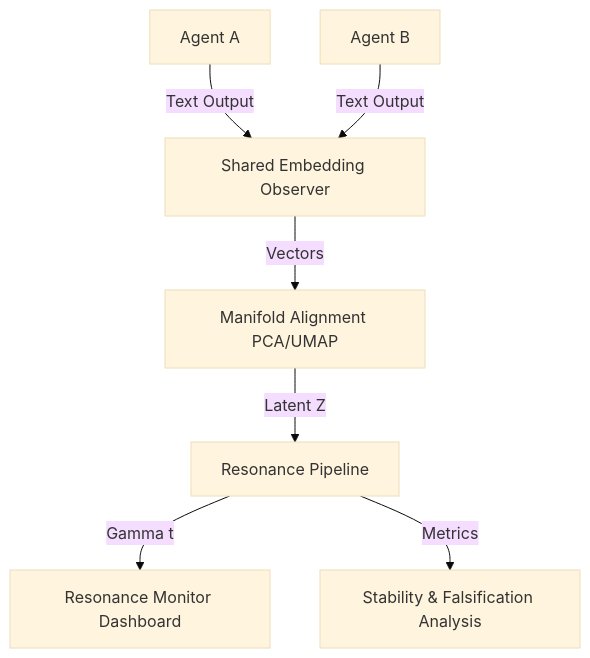
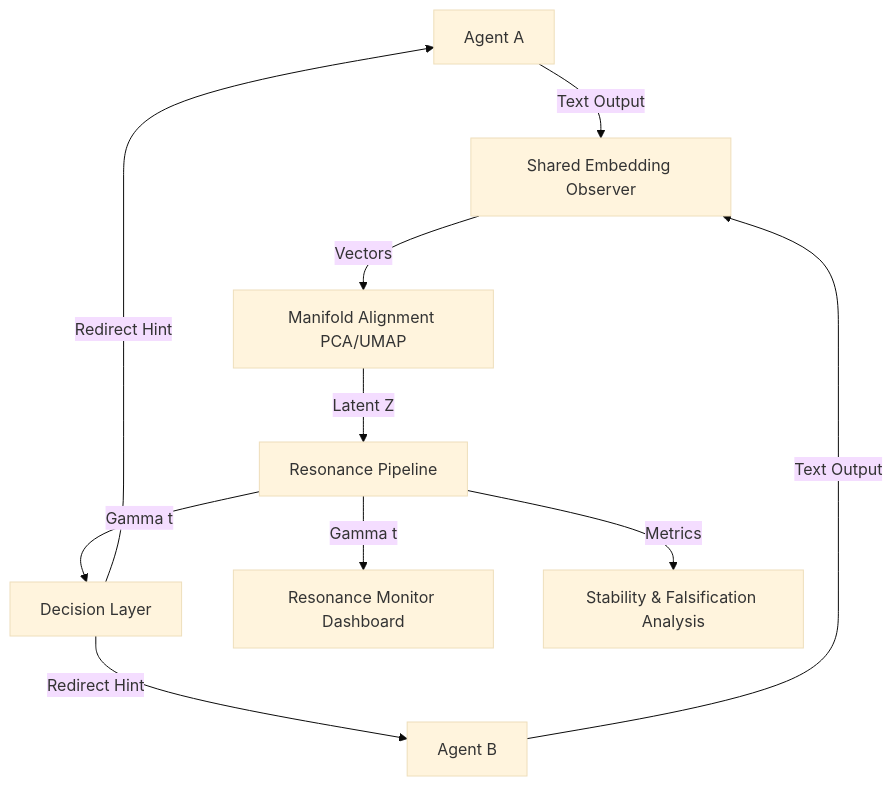
One commit to ahmedmah987/ResonAI changed the diagram in README.md. Above: the diagram before and after it, drawn with Mermaid (base theme). The commit also changed other lines of this file and 23 other files, not shown here.

````diff
--- a/README.md
+++ b/README.md
@@ -17,9 +17,12 @@
 ```mermaid
 graph TD
     A[Agent A] -->|Text Output| O[Shared Embedding Observer]
     B[Agent B] -->|Text Output| O
     O -->|Vectors| P[Manifold Alignment PCA/UMAP]
     P -->|Latent Z| R[Resonance Pipeline]
+    R -->|Gamma t| DEC[Decision Layer]
     R -->|Gamma t| D[Resonance Monitor Dashboard]
     R -->|Metrics| S[Stability & Falsification Analysis]
+    DEC -->|Redirect Hint| A
+    DEC -->|Redirect Hint| B
 ```
````
